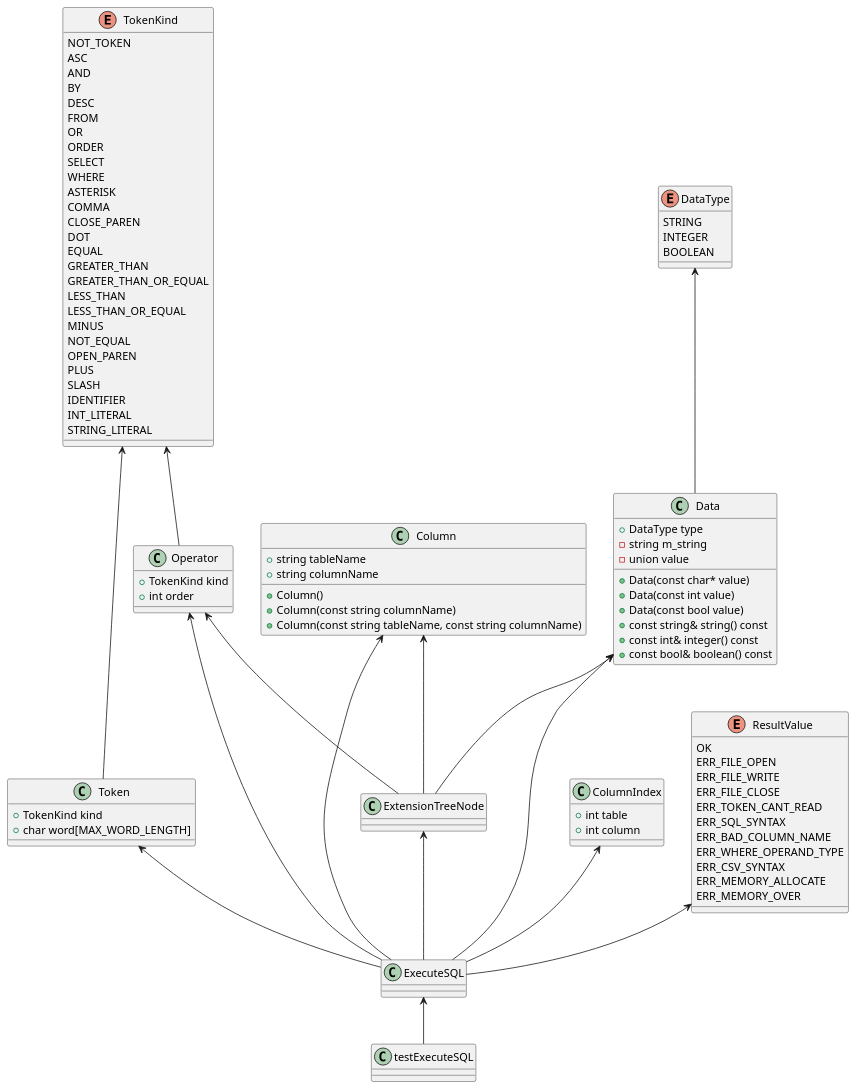
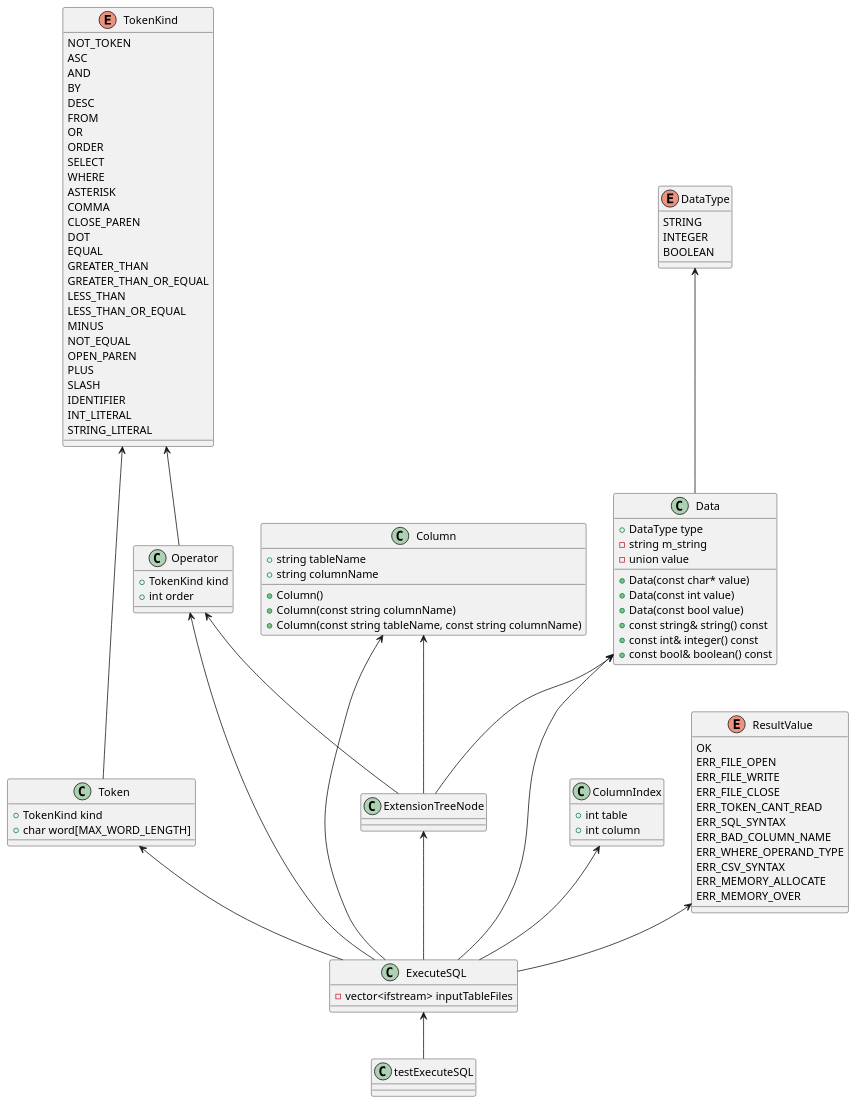
Before and after one commit to yotten/TinySQL: the diagram in ExecuteSQL.pu, drawn with PlantUML. The commit also changed 1 other file, not shown here.

```diff
--- a/ExecuteSQL.pu
+++ b/ExecuteSQL.pu
@@ -1,98 +1,100 @@
 @startuml
 
 class testExecuteSQL {}
-class ExecuteSQL {}
+class ExecuteSQL {
+	-vector<ifstream> inputTableFiles
+}
 class Data {
     +DataType type
 	-string m_string
 	-union value
 	+Data(const char* value)
 	+Data(const int value)
 	+Data(const bool value)
 	+const string& string() const
 	+const int& integer() const
 	+const bool& boolean() const
 }
 class Operator{
     +TokenKind kind
     +int order
 }
 class Token{
     +TokenKind kind
     +char word[MAX_WORD_LENGTH]
 }
 class ExtensionTreeNode{}
 class ColumnIndex{
     +int table
     +int column
 }
 class Column{
     +string tableName
     +string columnName
     +Column()
     +Column(const string columnName)
     +Column(const string tableName, const string columnName)
 }
 enum DataType{
    	STRING
 	INTEGER
 	BOOLEAN
 }
 enum TokenKind{
     NOT_TOKEN
 	ASC
 	AND
 	BY
 	DESC
 	FROM
 	OR
 	ORDER
 	SELECT
 	WHERE
 	ASTERISK
 	COMMA
 	CLOSE_PAREN
 	DOT
 	EQUAL
 	GREATER_THAN
 	GREATER_THAN_OR_EQUAL
 	LESS_THAN
 	LESS_THAN_OR_EQUAL
 	MINUS
 	NOT_EQUAL
 	OPEN_PAREN
 	PLUS
 	SLASH
 	IDENTIFIER
 	INT_LITERAL
 	STRING_LITERAL
 }
 enum ResultValue{
     OK
 	ERR_FILE_OPEN
 	ERR_FILE_WRITE
 	ERR_FILE_CLOSE
 	ERR_TOKEN_CANT_READ
 	ERR_SQL_SYNTAX
 	ERR_BAD_COLUMN_NAME
 	ERR_WHERE_OPERAND_TYPE
 	ERR_CSV_SYNTAX
 	ERR_MEMORY_ALLOCATE
 	ERR_MEMORY_OVER
 }
 
 ExecuteSQL <-- testExecuteSQL
 Data <-- ExecuteSQL
 Operator <-- ExecuteSQL
 Token <-- ExecuteSQL
 ExtensionTreeNode <-- ExecuteSQL
 ColumnIndex <-- ExecuteSQL
 Column <-- ExecuteSQL
 ResultValue <-- ExecuteSQL
 DataType <-- Data
 TokenKind <-- Token
 TokenKind <-- Operator
 Operator <-- ExtensionTreeNode
 Column <-- ExtensionTreeNode
 Data <-- ExtensionTreeNode
 @enduml
```
